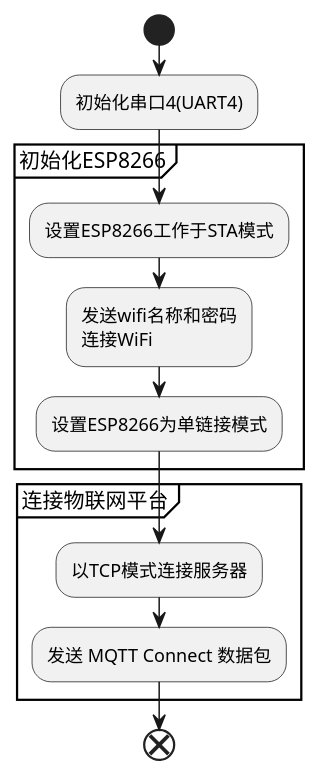
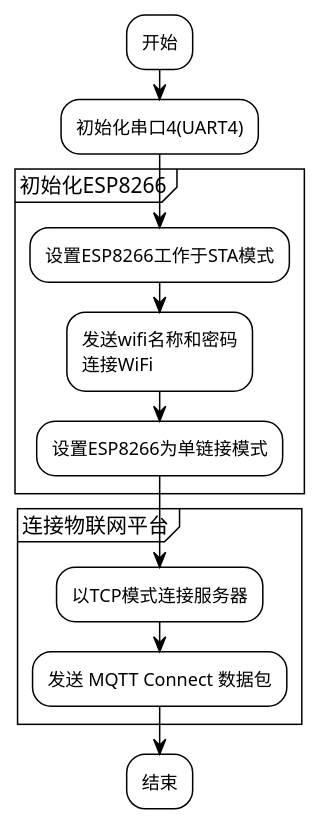
The diagram in uml/espinit.puml (PolarisZg/51SCM_Mqtt_GraduationProject), drawn with PlantUML before and after one commit. The commit also changed 55 other files, not shown here.

```diff
--- a/uml/espinit.puml
+++ b/uml/espinit.puml
@@ -1,17 +1,18 @@
 @startuml
-start
+!theme plain
+:开始;
 
 :初始化串口4(UART4);
 group 初始化ESP8266 
 
 :设置ESP8266工作于STA模式;
 :发送wifi名称和密码\n连接WiFi;
 
 :设置ESP8266为单链接模式;
 end group
 group 连接物联网平台
 :以TCP模式连接服务器;
 :发送 MQTT Connect 数据包;
 end group
-end 
+:结束;
 @enduml 
```
